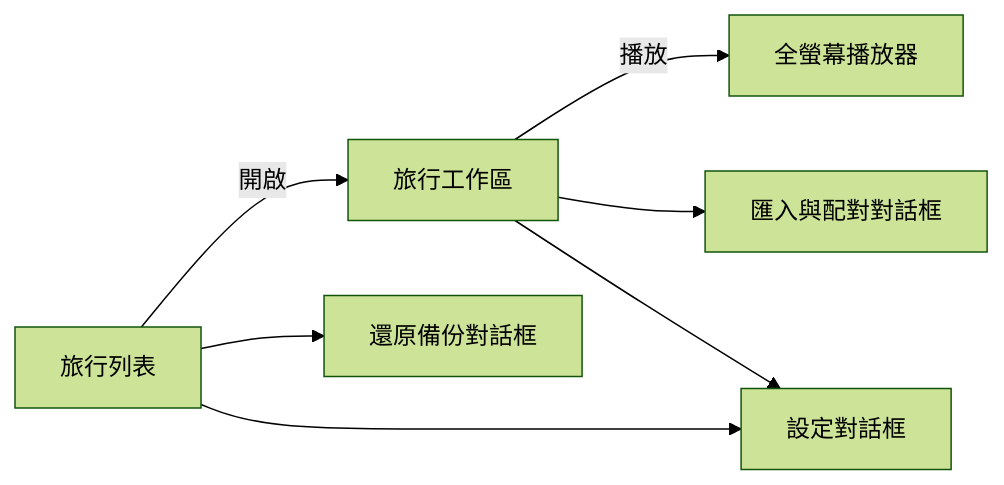
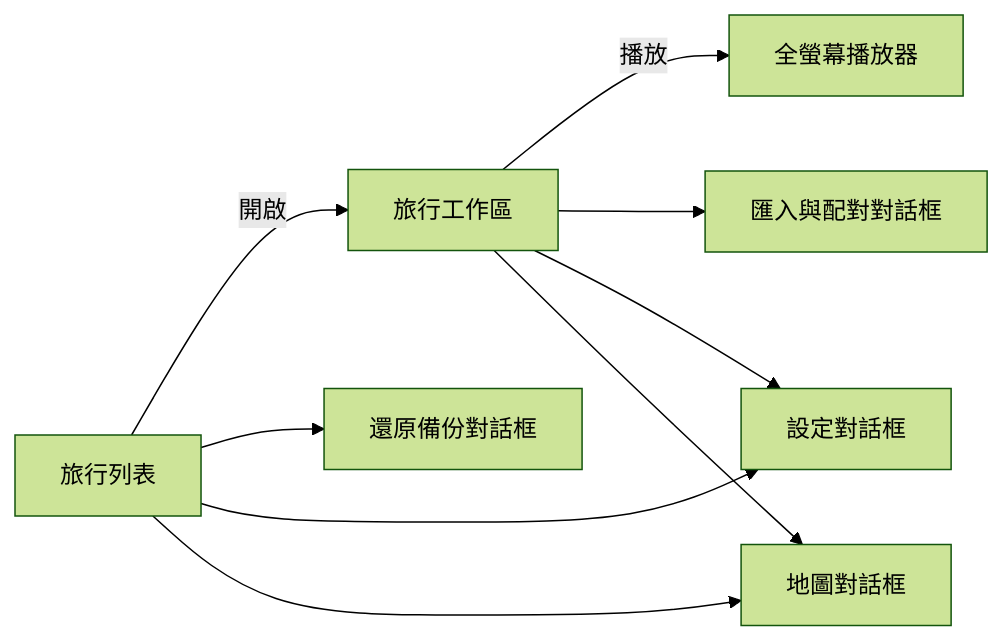
One commit to JimmyCodeWork/TripReplay changed the diagram in docs/zh-TW/ui-design.md. Above: the diagram before and after it, drawn with Mermaid (forest theme). The commit also changed other lines of this file and 28 other files, not shown here.

````diff
--- a/docs/zh-TW/ui-design.md
+++ b/docs/zh-TW/ui-design.md
@@ -17,9 +17,11 @@
 ```mermaid
 flowchart LR
     List[旅行列表] -- 開啟 --> WS[旅行工作區]
     WS -- 播放 --> Player[全螢幕播放器]
     WS --> Import[匯入與配對對話框]
     WS --> Settings[設定對話框]
     List --> Restore[還原備份對話框]
     List --> Settings
+    List --> Maps[地圖對話框]
+    WS --> Maps
 ```
````
